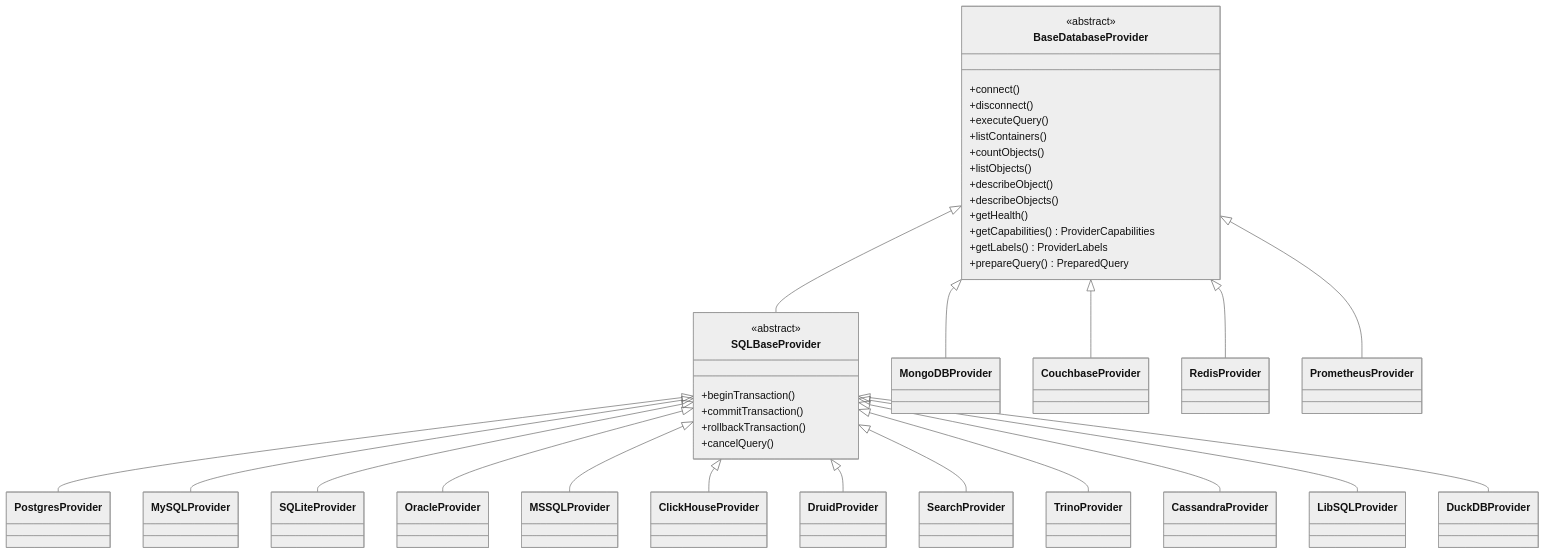
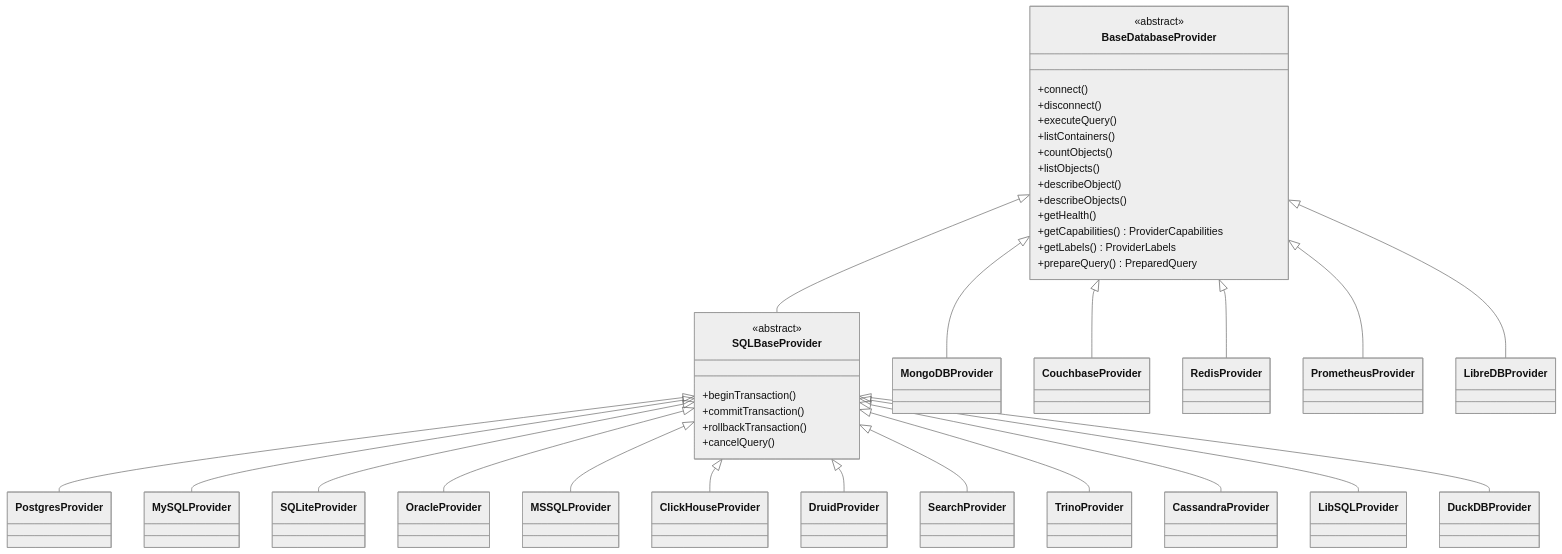
One commit to Aditya-XR/libredb-studio changed the second of 3 diagrams in docs/ARCHITECTURE.md. Above: the diagram before and after it, drawn with Mermaid (neutral theme). The commit also changed other lines of this file, not shown here.

First line of the commit message:
docs(architecture): show the embedded LibreDB provider (#1117)

````diff
--- a/docs/ARCHITECTURE.md
+++ b/docs/ARCHITECTURE.md
@@ -79,45 +81,46 @@
 ```mermaid
 classDiagram
     class BaseDatabaseProvider {
         <<abstract>>
         +connect()
         +disconnect()
         +executeQuery()
         +listContainers()
         +countObjects()
         +listObjects()
         +describeObject()
         +describeObjects()
         +getHealth()
         +getCapabilities() ProviderCapabilities
         +getLabels() ProviderLabels
         +prepareQuery() PreparedQuery
     }
 
     class SQLBaseProvider {
         <<abstract>>
         +beginTransaction()
         +commitTransaction()
         +rollbackTransaction()
         +cancelQuery()
     }
 
     BaseDatabaseProvider <|-- SQLBaseProvider
     BaseDatabaseProvider <|-- MongoDBProvider
     BaseDatabaseProvider <|-- CouchbaseProvider
     BaseDatabaseProvider <|-- RedisProvider
     BaseDatabaseProvider <|-- PrometheusProvider
+    BaseDatabaseProvider <|-- LibreDBProvider
 
     SQLBaseProvider <|-- PostgresProvider
     SQLBaseProvider <|-- MySQLProvider
     SQLBaseProvider <|-- SQLiteProvider
     SQLBaseProvider <|-- OracleProvider
     SQLBaseProvider <|-- MSSQLProvider
     SQLBaseProvider <|-- ClickHouseProvider
     SQLBaseProvider <|-- DruidProvider
     SQLBaseProvider <|-- SearchProvider
     SQLBaseProvider <|-- TrinoProvider
     SQLBaseProvider <|-- CassandraProvider
     SQLBaseProvider <|-- LibSQLProvider
     SQLBaseProvider <|-- DuckDBProvider
 ```
````
